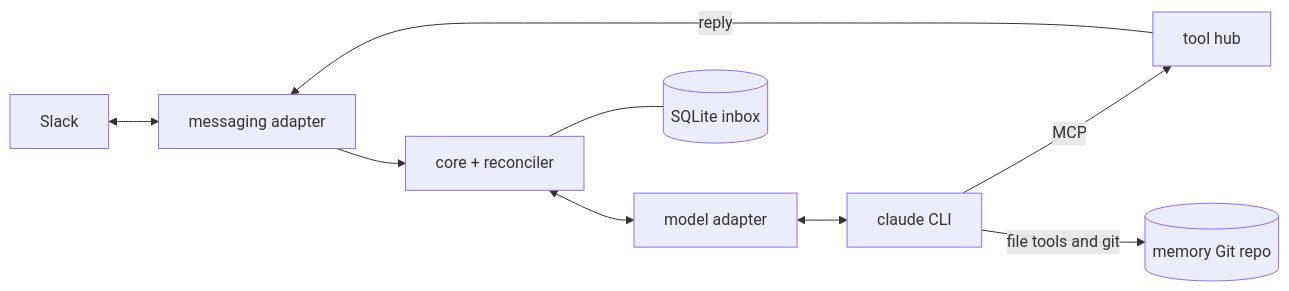
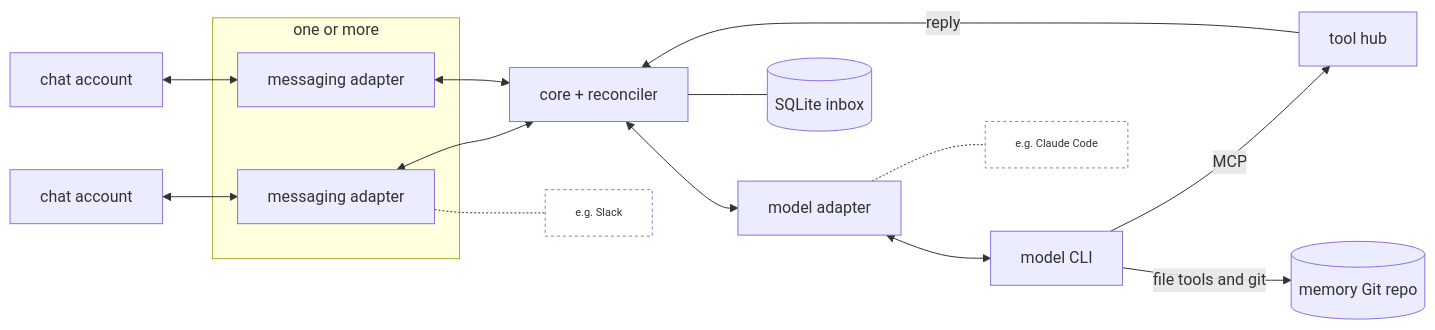
The diagram in README.md (motoki317/noctiluca), drawn with Mermaid before and after one commit. The commit also changed other lines of this file and 3 other files, not shown here.

````diff
--- a/README.md
+++ b/README.md
@@ -7,8 +7,17 @@
 ```mermaid
 flowchart LR
-  Slack <--> MA[messaging adapter] --> Core[core + reconciler] <--> Model[model adapter] <--> CLI[claude CLI]
+  P1[chat account] <--> MA1
+  P2[chat account] <--> MA2
+  subgraph MA[one or more]
+    MA1[messaging adapter]
+    MA2[messaging adapter]
+  end
+  MA1 & MA2 <--> Core[core + reconciler] <--> Model[model adapter] <--> CLI[model CLI]
   Core --- DB[(SQLite inbox)]
   CLI -->|MCP| Hub[tool hub]
-  Hub -->|reply| MA
+  Hub -->|reply| Core
   CLI -->|file tools and git| Mem[(memory Git repo)]
+  MA1 -.- E1[e.g. Slack]:::example
+  Model -.- E2[e.g. Claude Code]:::example
+  classDef example font-size:11px,fill:none,stroke-dasharray:3 3
 ```
````
